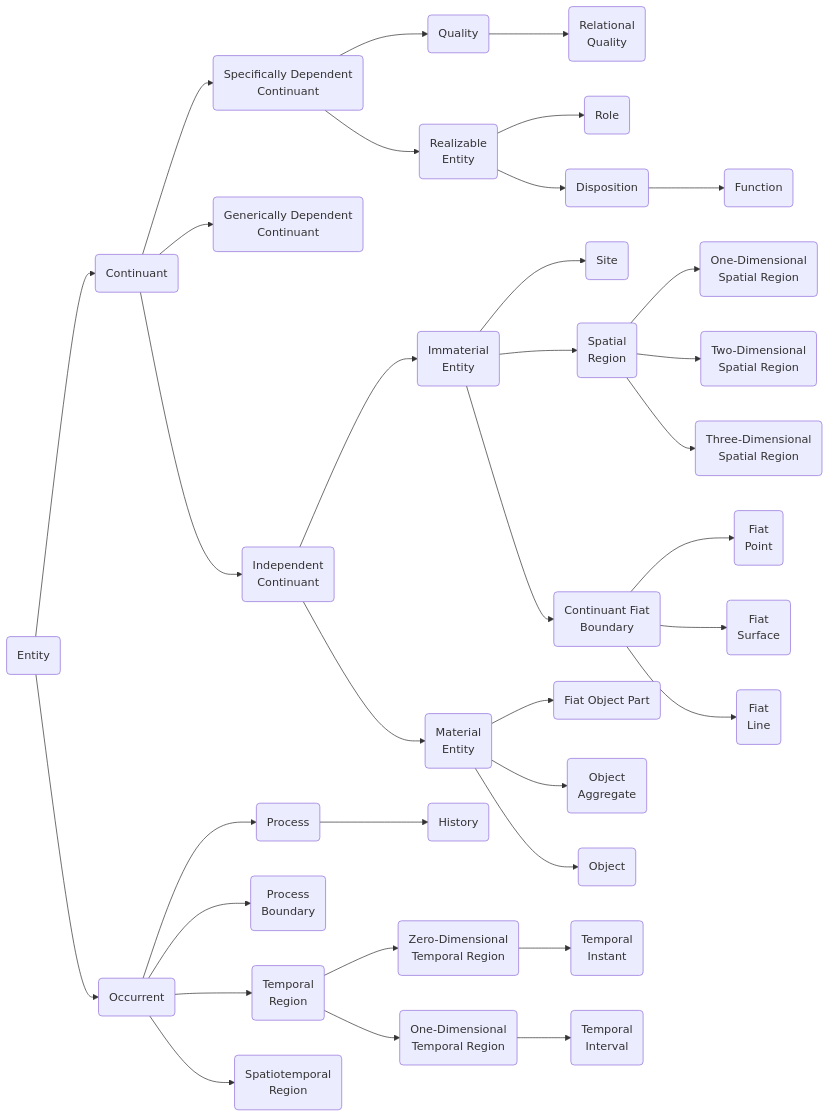
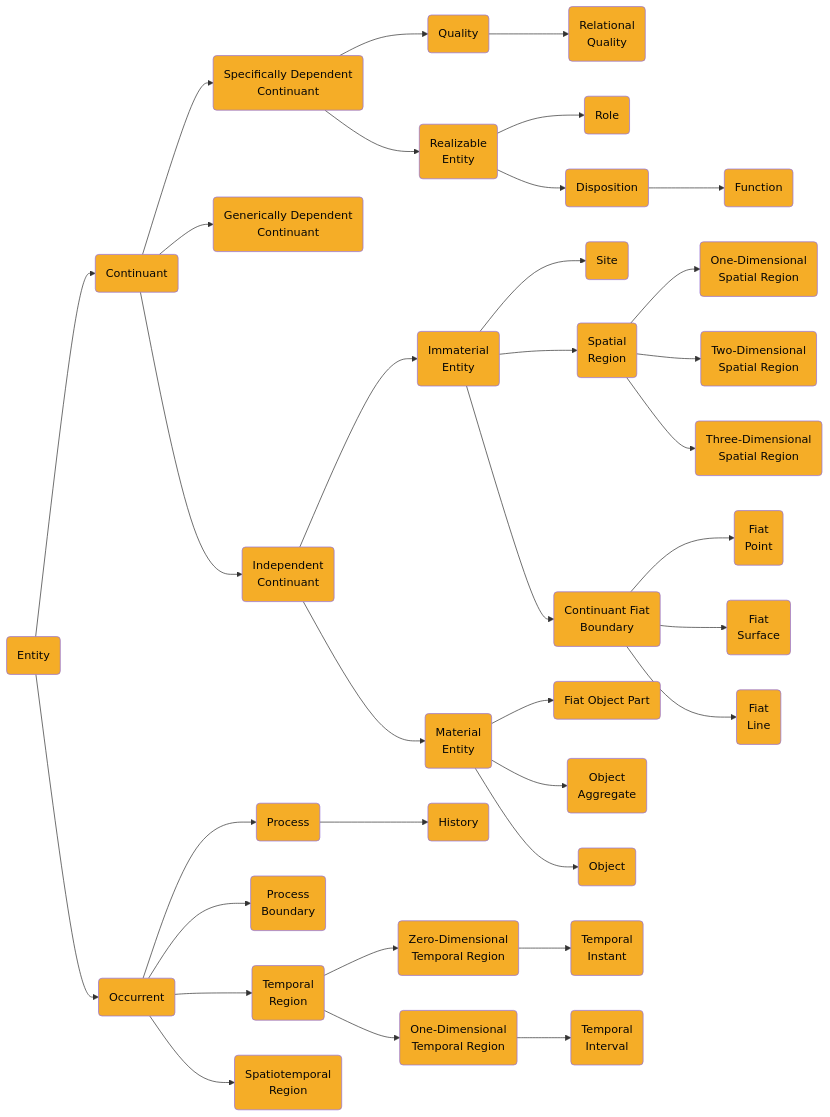
Before and after one commit to BFO-ontology/BFO-2020: the diagram in README.md, drawn with Mermaid.

Commit message:
Update README.md
Added CSS styling to the BFO hierarchy

````diff
--- a/README.md
+++ b/README.md
@@ -7,37 +7,40 @@
 ```mermaid
 graph LR
-    A(Entity) --> B(Continuant)
-    B(Continuant) --> D(Specifically Dependent<br> Continuant)
-    B(Continuant) --> E(Generically Dependent<br> Continuant)
+    A(Entity):::BFO --> B(Continuant)
+    B(Continuant):::BFO --> D(Specifically Dependent<br> Continuant)
+    B(Continuant) --> E(Generically Dependent<br> Continuant):::BFO
     B(Continuant) --> F(Independent<br> Continuant)
-    F(Independent<br> Continuant) --> G(Material Entity)
+    F(Independent<br> Continuant):::BFO --> G(Material Entity)
     F(Independent<br> Continuant) --> H(Immaterial<br> Entity)
-    D(Specifically Dependent<br> Continuant) --> I(Quality)
-    D(Specifically Dependent<br> Continuant) --> J(Realizable<br> Entity)
-    I(Quality) --> K(Relational<br> Quality)
-    J(Realizable<br> Entity) --> L(Role)
-    J(Realizable<br> Entity) --> M(Disposition)
-    M(Disposition) --> N(Function)
-    H(Immaterial<br> Entity) --> O(Site)
-    H(Immaterial<br> Entity) --> P(Spatial<br> Region)
-    H(Immaterial<br> Entity) --> Q(Continuant Fiat<br> Boundary)
-    Q(Continuant Fiat<br> Boundary) --> R(Fiat<br> Point)
-    Q(Continuant Fiat<br> Boundary) --> S(Fiat<br> Surface)
-    Q(Continuant Fiat<br> Boundary) --> T(Fiat<br> Line)
-    P(Spatial<br> Region) --> U(One-Dimensional<br> Spatial Region)
-    P(Spatial<br> Region) --> V(Two-Dimensional<br> Spatial Region)
-    P(Spatial<br> Region) --> W(Three-Dimensional<br> Spatial Region)
-    G(Material<br> Entity) --> X(Fiat Object Part)
-    G(Material<br> Entity) --> Y(Object<br> Aggregate)
-    G(Material<br> Entity) --> Z(Object)
-    A(Entity) --> C(Occurrent)
-    C(Occurrent) --> AA(Process)
-    C(Occurrent) --> AB(Process<br> Boundary)
-    C(Occurrent) --> AC(Temporal<br> Region)
-    C(Occurrent) --> AD(Spatiotemporal<br> Region)
-    AA(Process) --> AE(History)
-    AC(Temporal<br> Region) --> AF(Zero-Dimensional<br> Temporal Region)
-    AC(Temporal<br> Region) --> AI(One-Dimensional<br> Temporal Region)
-    AF(Zero-Dimensional<br> Temporal Region) --> AG(Temporal<br> Instant)
-    AI(One-Dimensional<br> Temporal Region) --> AH(Temporal<br> Interval)
+    D(Specifically Dependent<br> Continuant):::BFO --> I(Quality)
+    D(Specifically Dependent<br> Continuant) --> J(Realizable<br> Entity):::BFO
+    I(Quality):::BFO --> K(Relational<br> Quality):::BFO
+    J(Realizable<br> Entity):::BFO --> L(Role):::BFO
+    J(Realizable<br> Entity) --> M(Disposition):::BFO
+    M(Disposition) --> N(Function):::BFO
+    H(Immaterial<br> Entity):::BFO --> O(Site):::BFO
+    H(Immaterial<br> Entity) --> P(Spatial<br> Region):::BFO
+    H(Immaterial<br> Entity) --> Q(Continuant Fiat<br> Boundary):::BFO
+    Q(Continuant Fiat<br> Boundary):::BFO --> R(Fiat<br> Point):::BFO
+    Q(Continuant Fiat<br> Boundary) --> S(Fiat<br> Surface):::BFO
+    Q(Continuant Fiat<br> Boundary) --> T(Fiat<br> Line):::BFO
+    P(Spatial<br> Region):::BFO --> U(One-Dimensional<br> Spatial Region):::BFO
+    P(Spatial<br> Region):::BFO --> V(Two-Dimensional<br> Spatial Region):::BFO
+    P(Spatial<br> Region):::BFO --> W(Three-Dimensional<br> Spatial Region):::BFO
+    G(Material<br> Entity):::BFO --> X(Fiat Object Part):::BFO
+    G(Material<br> Entity):::BFO --> Y(Object<br> Aggregate):::BFO
+    G(Material<br> Entity):::BFO --> Z(Object):::BFO
+    A(Entity):::BFO --> C(Occurrent):::BFO
+    C(Occurrent):::BFO --> AA(Process):::BFO
+    C(Occurrent) --> AB(Process<br> Boundary):::BFO
+    C(Occurrent) --> AC(Temporal<br> Region):::BFO
+    C(Occurrent) --> AD(Spatiotemporal<br> Region):::BFO
+    AA(Process):::BFO --> AE(History):::BFO
+    AC(Temporal<br> Region):::BFO --> AF(Zero-Dimensional<br> Temporal Region):::BFO
+    AC(Temporal<br> Region) --> AI(One-Dimensional<br> Temporal Region):::BFO
+    AF(Zero-Dimensional<br> Temporal Region):::BFO --> AG(Temporal<br> Instant):::BFO
+    AI(One-Dimensional<br> Temporal Region):::BFO --> AH(Temporal<br> Interval):::BFO
+
+    classDef BFO fill:#F5AD27,color:#060606
+
   ```
````
